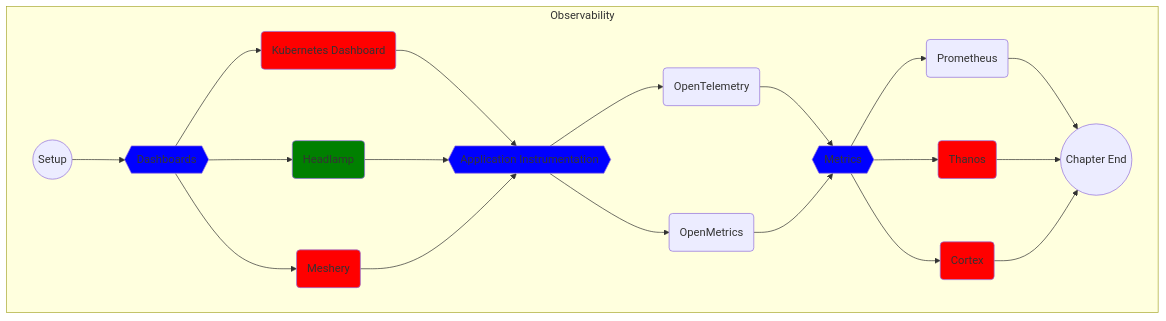
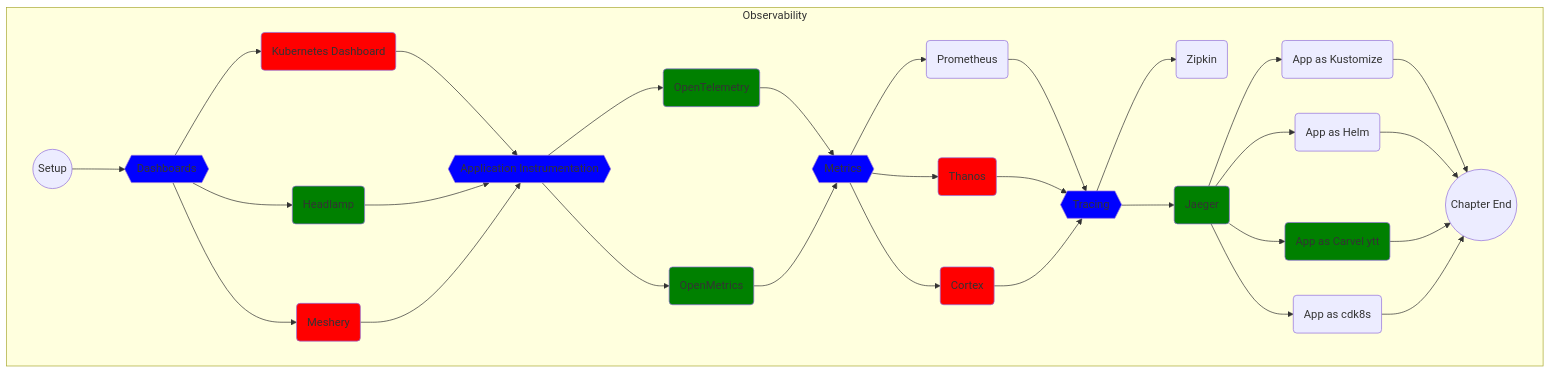
Before and after one commit to vfarcic/cncf-demo: the fifth of 5 diagrams in README.md, drawn with Mermaid. The commit also changed 10 other files, not shown here.

````diff
--- a/README.md
+++ b/README.md
@@ -579,57 +579,82 @@
 ```mermaid
 flowchart TD
 
     subgraph Observability
 
         %% -----------
         %% -- Setup --
         %% -----------
         setup-observability((Setup))
         click setup-observability "https://github.com/vfarcic/cncf-demo/blob/main/manuscript/setup/observability.md"
         setup-observability --> dashboards
         
         %% ----------------
         %% -- Dashboards --
         %% ----------------
         dashboards{{Dashboards}}
         click dashboards "https://github.com/vfarcic/cncf-demo/blob/main/manuscript/dashboards/README.md"
         style dashboards fill:blue
         kubernetes-dashboard(Kubernetes Dashboard)
         style kubernetes-dashboard fill:red
         headlamp(Headlamp)
         click headlamp "https://github.com/vfarcic/cncf-demo/blob/main/manuscript/dashboards/headlamp.md"
         style headlamp fill:green
         meshery(Meshery)
         style meshery fill:red
         dashboards --> kubernetes-dashboard & headlamp & meshery --> instrumentation
 
         %% ------------------------------------
         %% -- Instrumenting Application Code --
         %% ------------------------------------
         instrumentation{{Application Instrumentation}}
         click instrumentation "https://github.com/vfarcic/cncf-demo/blob/main/manuscript/exposition-formats/README.md"
         style instrumentation fill:blue
         open-telemetry(OpenTelemetry)
         click open-telemetry "https://github.com/vfarcic/cncf-demo/blob/main/manuscript/exposition-formats/opentelemetry.md"
+        style open-telemetry fill:green
         open-metrics(OpenMetrics)
         click open-metrics "https://github.com/vfarcic/cncf-demo/blob/main/manuscript/exposition-formats/openmetrics.md"
+        style open-metrics fill:green
         instrumentation --> open-telemetry & open-metrics --> metrics
 
         %% -------------
         %% -- Metrics --
         %% -------------
         metrics{{Metrics}}
         click metrics "https://github.com/vfarcic/cncf-demo/blob/main/manuscript/metrics/README.md"
         style metrics fill:blue
         metrics-prometheus(Prometheus)
         click metrics-prometheus "https://github.com/vfarcic/cncf-demo/blob/main/manuscript/metrics/prometheus.md"
         metrics-thanos(Thanos)
         style metrics-thanos fill:red
         cortex(Cortex)
         style cortex fill:red
-        metrics --> metrics-prometheus & metrics-thanos & cortex --> done
+        metrics --> metrics-prometheus & metrics-thanos & cortex --> tracing
+
+        %% -------------
+        %% -- Tracing --
+        %% -------------
+        tracing{{Tracing}}
+        click tracing "https://github.com/vfarcic/cncf-demo/blob/main/manuscript/tracing/README.md"
+        style tracing fill:blue
+        jaeger(Jaeger)
+        click jaeger "https://github.com/vfarcic/cncf-demo/blob/main/manuscript/tracing/jaeger.md"
+        style jaeger fill:green
+        jaeger-kustomize(App as Kustomize)
+        click jaeger-kustomize "https://github.com/vfarcic/cncf-demo/blob/main/manuscript/tracing/kustomize.md"
+        jaeger-helm(App as Helm)
+        click jaeger-helm "https://github.com/vfarcic/cncf-demo/blob/main/manuscript/tracing/helm.md"
+        jaeger-carvel(App as Carvel ytt)
+        click jaeger-carvel "https://github.com/vfarcic/cncf-demo/blob/main/manuscript/tracing/carvel.md"
+        style jaeger-carvel fill:green
+        jaeger-cdk8s(App as cdk8s)
+        click jaeger-cdk8s "https://github.com/vfarcic/cncf-demo/blob/main/manuscript/tracing/cdk8s.md"
+        zipkin(Zipkin)
+        click zipkin "https://github.com/vfarcic/cncf-demo/blob/main/manuscript/tracing/zipkin.md"
+        tracing --> zipkin
+        tracing --> jaeger --> jaeger-kustomize & jaeger-helm & jaeger-carvel & jaeger-cdk8s --> done
 
         done((Chapter End))
 
     end
 ```
````
